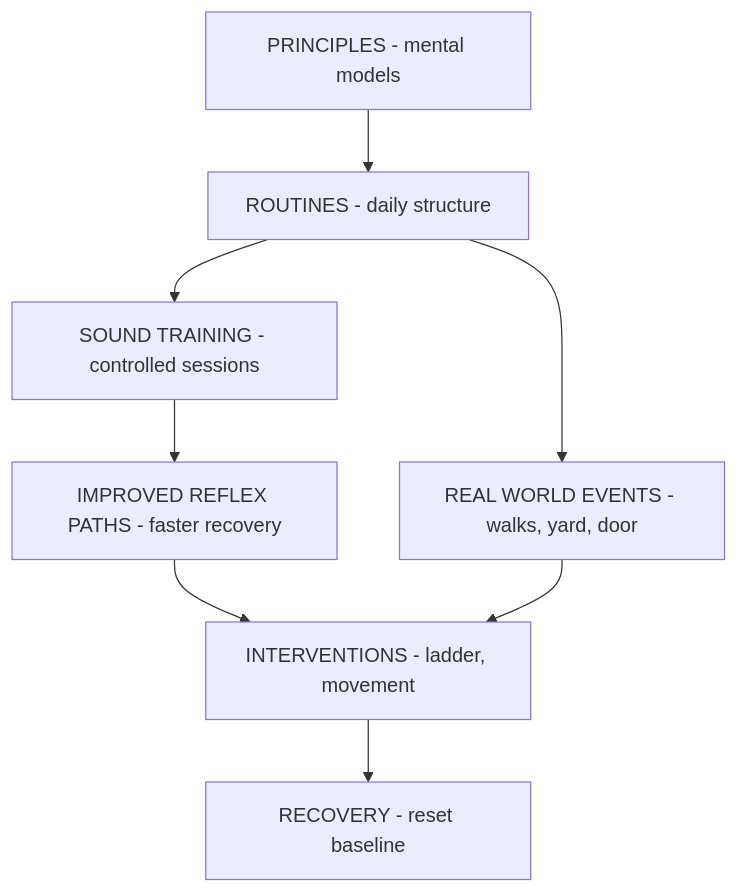
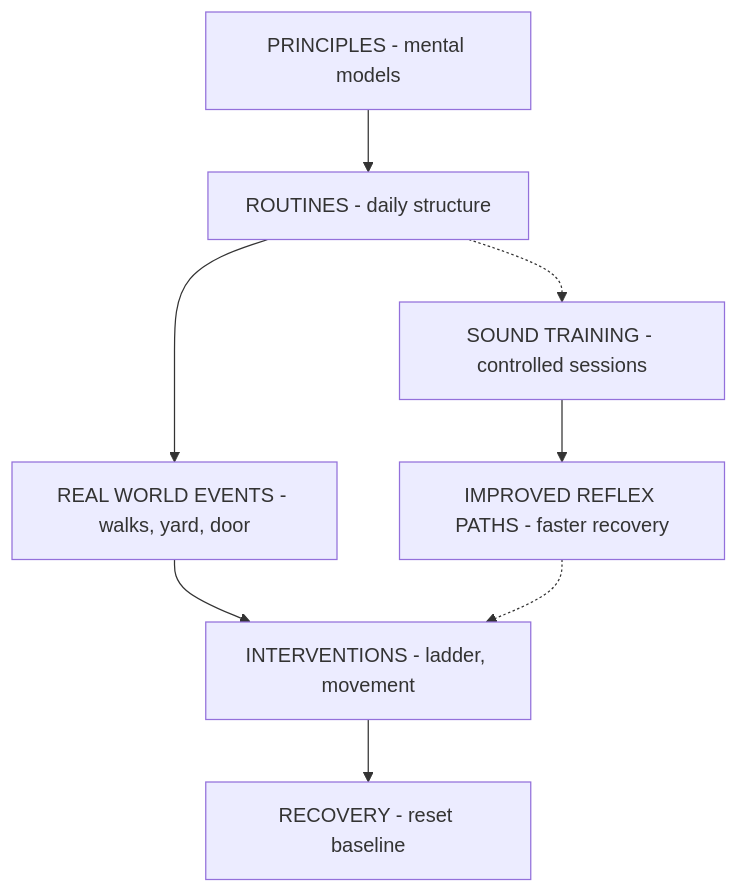
One commit to manalotoj/Mako changed the diagram in system_flow_overview.md. Above: the diagram before and after it, drawn with Mermaid.

Commit message:
logic fix

````diff
--- a/system_flow_overview.md
+++ b/system_flow_overview.md
@@ -1,20 +1,24 @@
 ```mermaid
 flowchart TD
+  %% Core execution spine
   P[PRINCIPLES - mental models]
   R[ROUTINES - daily structure]
-
-  ST[SOUND TRAINING - controlled sessions]
   RW[REAL WORLD EVENTS - walks, yard, door]
-
-  IR[IMPROVED REFLEX PATHS - faster recovery]
   INT[INTERVENTIONS - ladder, movement]
   REC[RECOVERY - reset baseline]
 
   P --> R
-  R --> ST
-  ST --> IR
   R --> RW
-  IR --> INT
   RW --> INT
   INT --> REC
+
+  %% Offline shaping (non-execution path)
+  ST[SOUND TRAINING - controlled sessions]
+  IR[IMPROVED REFLEX PATHS - faster recovery]
+
+  R -.-> ST
+  ST --> IR
+
+  %% Modifier relationship (not a flow step)
+  IR -.-> INT
 ```
````
